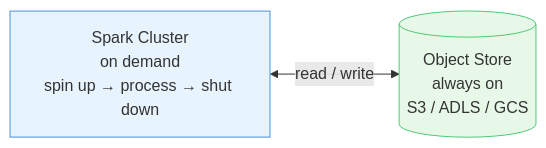
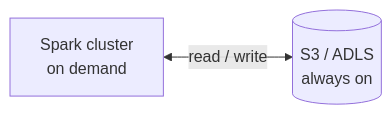
One commit to adnanrahin/adnanrahin.github.io changed the fourth of 5 diagrams in data-architecture/data-lake.md. Above: the diagram before and after it, drawn with Mermaid. The commit also changed other lines of this file and 5 other files, not shown here.

````diff
--- a/data-architecture/data-lake.md
+++ b/data-architecture/data-lake.md
@@ -115,10 +111,6 @@
 ```mermaid
 flowchart LR
-    OS[("Object Store<br/>always on<br/>S3 / ADLS / GCS")]
-    SC["Spark Cluster<br/>on demand<br/>spin up → process → shut down"]
-
-    SC <-->|"read / write"| OS
-
-    style OS fill:#E8F8E8,stroke:#50C878
-    style SC fill:#E8F4FD,stroke:#4A90D9
+    OS[("S3 / ADLS<br/>always on")]
+    SC["Spark cluster<br/>on demand"]
+    SC <-->|read / write| OS
 ```
````
